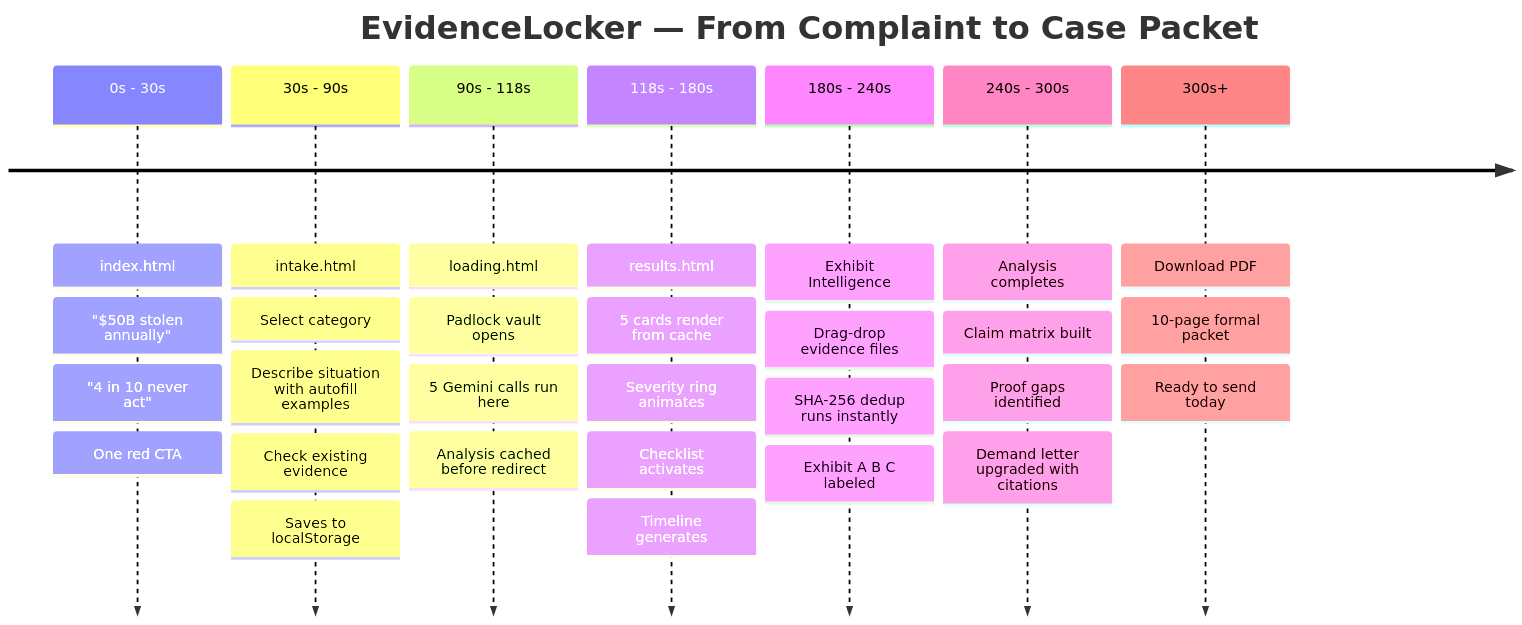
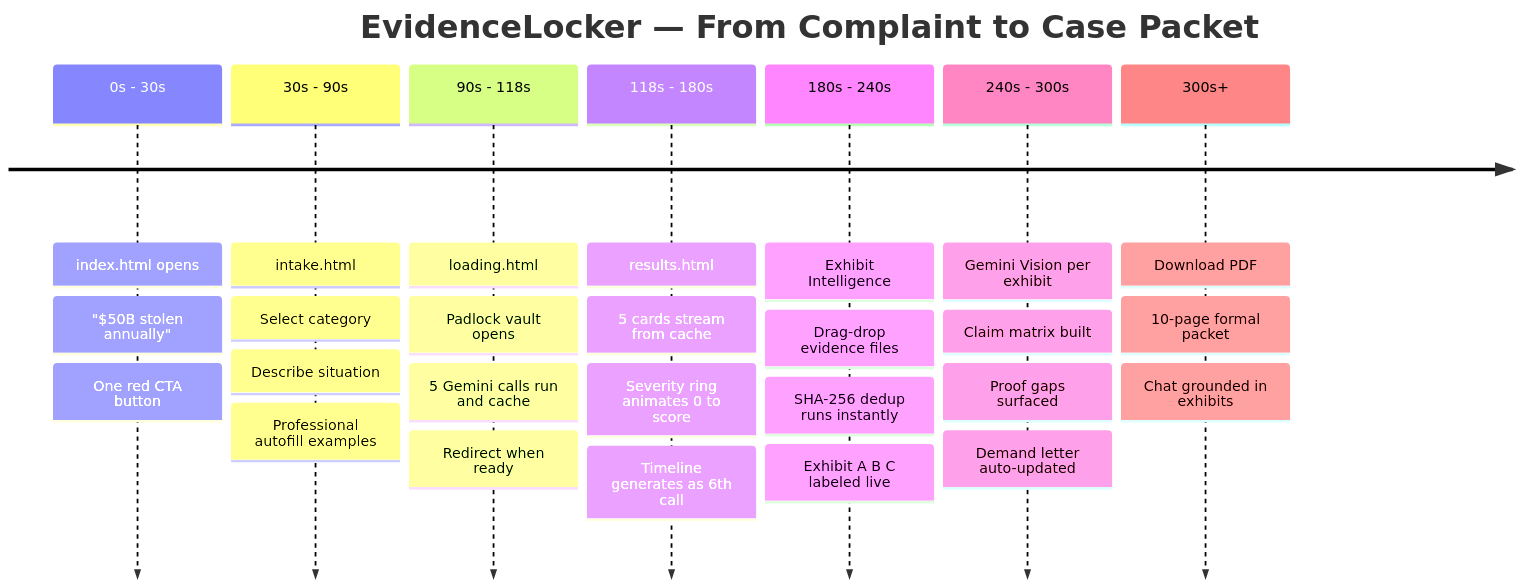
Before and after one commit to Iceman-Dann/Evidence-Locker: diagram 11 of 12 in README.md, drawn with Mermaid. The commit also changed other lines of this file, not shown here.

````diff
--- a/README.md
+++ b/README.md
@@ -478,40 +498,37 @@
 ```mermaid
 timeline
     title EvidenceLocker — From Complaint to Case Packet
 
-    0s - 30s    : index.html
+    0s - 30s    : index.html opens
                 : "$50B stolen annually"
-                : "4 in 10 never act"
-                : One red CTA
+                : One red CTA button
 
     30s - 90s   : intake.html
                 : Select category
-                : Describe situation with autofill examples
-                : Check existing evidence
-                : Saves to localStorage
+                : Describe situation
+                : Professional autofill examples
 
     90s - 118s  : loading.html
                 : Padlock vault opens
-                : 5 Gemini calls run here
-                : Analysis cached before redirect
+                : 5 Gemini calls run and cache
+                : Redirect when ready
 
     118s - 180s : results.html
-                : 5 cards render from cache
-                : Severity ring animates
-                : Checklist activates
-                : Timeline generates
+                : 5 cards stream from cache
+                : Severity ring animates 0 to score
+                : Timeline generates as 6th call
 
     180s - 240s : Exhibit Intelligence
                 : Drag-drop evidence files
                 : SHA-256 dedup runs instantly
-                : Exhibit A B C labeled
+                : Exhibit A B C labeled live
 
-    240s - 300s : Analysis completes
+    240s - 300s : Gemini Vision per exhibit
                 : Claim matrix built
-                : Proof gaps identified
-                : Demand letter upgraded with citations
+                : Proof gaps surfaced
+                : Demand letter auto-updated
 
     300s+       : Download PDF
                 : 10-page formal packet
-                : Ready to send today
+                : Chat grounded in exhibits
 ```
````
